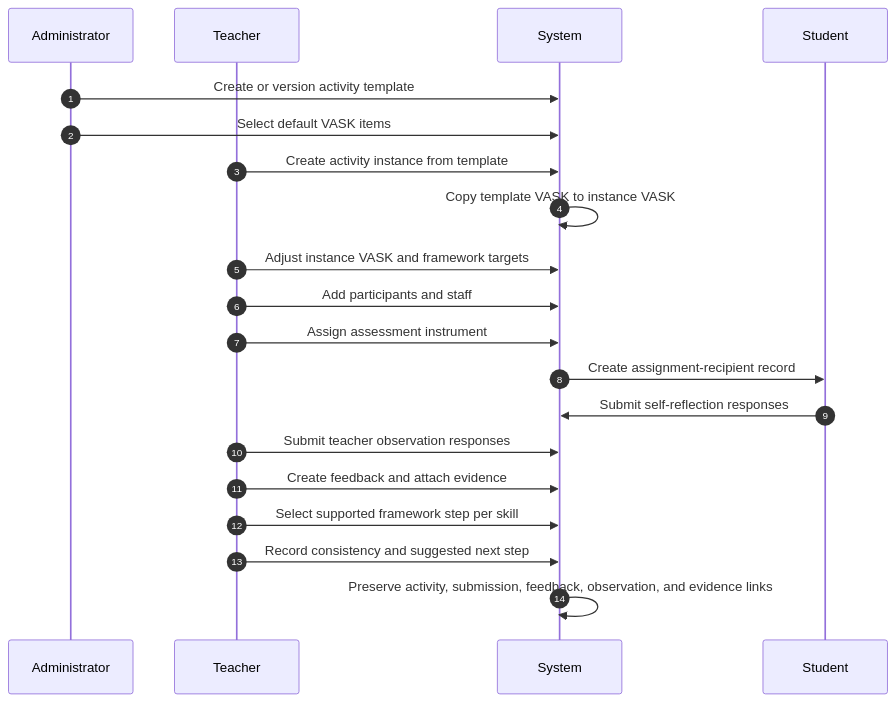
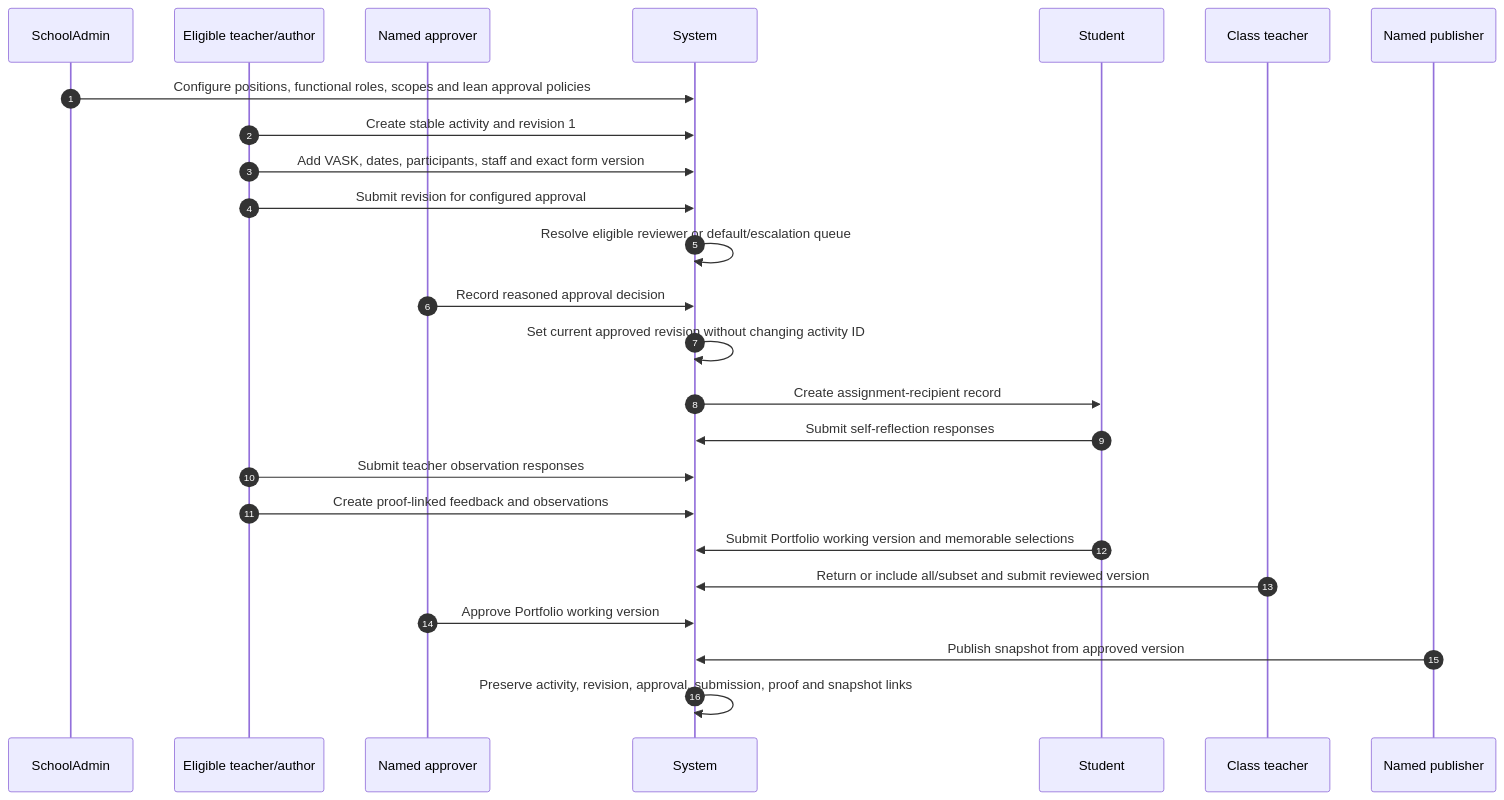
One commit to heison-octopus/testing-port changed diagram 23 of 24 in output/English/Core data relationships.md. Above: the diagram before and after it, drawn with Mermaid. The commit also changed other lines of this file and 117 other files, not shown here.

````diff
--- a/output/English/Core data relationships.md
+++ b/output/English/Core data relationships.md
@@ -1515,23 +1868,28 @@
 ```mermaid
 sequenceDiagram
     autonumber
-    participant Admin as Administrator
-    participant Teacher
+    participant Admin as SchoolAdmin
+    participant Teacher as Eligible teacher/author
+    participant Approver as Named approver
     participant System
     participant Student
+    participant Class as Class teacher
+    participant Publisher as Named publisher
 
-    Admin->>System: Create or version activity template
-    Admin->>System: Select default VASK items
-    Teacher->>System: Create activity instance from template
-    System->>System: Copy template VASK to instance VASK
-    Teacher->>System: Adjust instance VASK and framework targets
-    Teacher->>System: Add participants and staff
-    Teacher->>System: Assign assessment instrument
+    Admin->>System: Configure positions, functional roles, scopes and lean approval policies
+    Teacher->>System: Create stable activity and revision 1
+    Teacher->>System: Add VASK, dates, participants, staff and exact form version
+    Teacher->>System: Submit revision for configured approval
+    System->>System: Resolve eligible reviewer or default/escalation queue
+    Approver->>System: Record reasoned approval decision
+    System->>System: Set current approved revision without changing activity ID
     System->>Student: Create assignment-recipient record
     Student->>System: Submit self-reflection responses
     Teacher->>System: Submit teacher observation responses
-    Teacher->>System: Create feedback and attach evidence
-    Teacher->>System: Select supported framework step per skill
-    Teacher->>System: Record consistency and suggested next step
-    System->>System: Preserve activity, submission, feedback, observation, and evidence links
+    Teacher->>System: Create proof-linked feedback and observations
+    Student->>System: Submit Portfolio working version and memorable selections
+    Class->>System: Return or include all/subset and submit reviewed version
+    Approver->>System: Approve Portfolio working version
+    Publisher->>System: Publish snapshot from approved version
+    System->>System: Preserve activity, revision, approval, submission, proof and snapshot links
 ```
````
